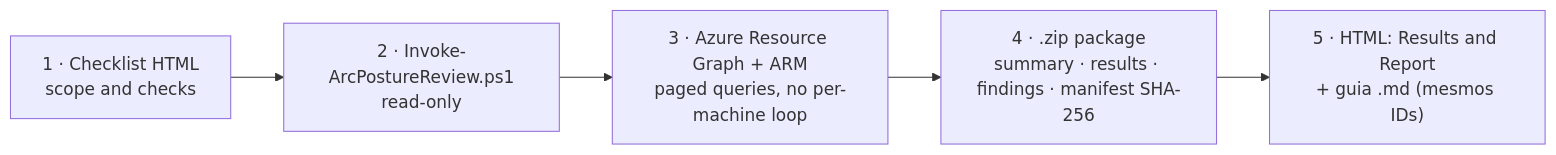
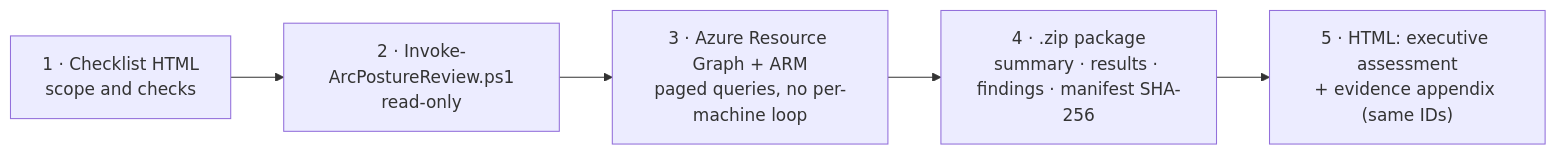
One commit to fabiotreze/arc-posture-review changed diagram 16 of 18 in docs/guide.en-US.md. Above: the diagram before and after it, drawn with Mermaid. The commit also changed other lines of this file and 31 other files, not shown here.

Commit message:
Release v3.9.5: posture model, evidence coverage and report quality

````diff
--- a/docs/guide.en-US.md
+++ b/docs/guide.en-US.md
@@ -1296,8 +1306,8 @@
 ```mermaid
 %% svg:flow
 flowchart LR
   H["1 · Checklist HTML<br/>scope and checks"] --> S["2 · Invoke-ArcPostureReview.ps1<br/>read-only"]
   S --> G["3 · Azure Resource Graph + ARM<br/>paged queries, no per-machine loop"]
   G --> Z["4 · .zip package<br/>summary · results · findings · manifest SHA-256"]
-  Z --> R["5 · HTML: Results and Report<br/>+ guia .md (mesmos IDs)"]
+  Z --> R["5 · HTML: executive assessment<br/>+ evidence appendix (same IDs)"]
 ```
````
